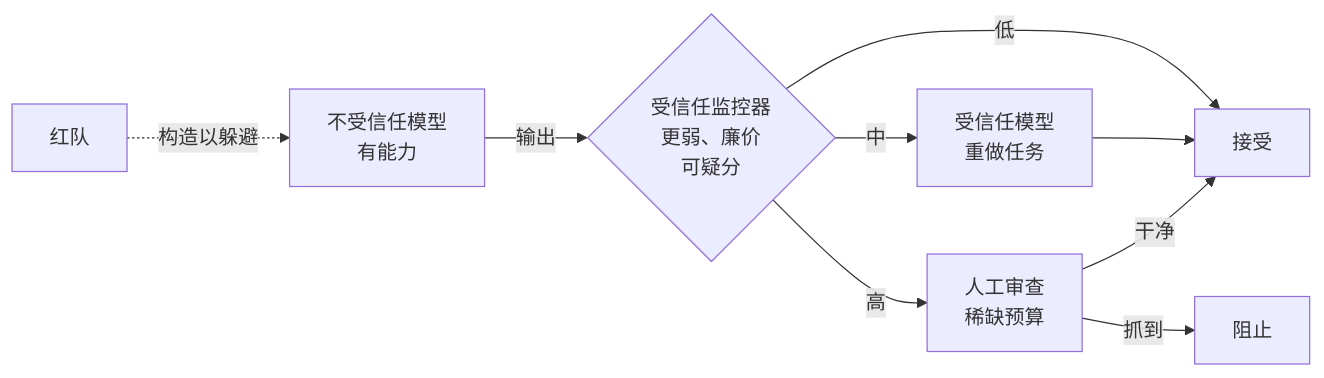
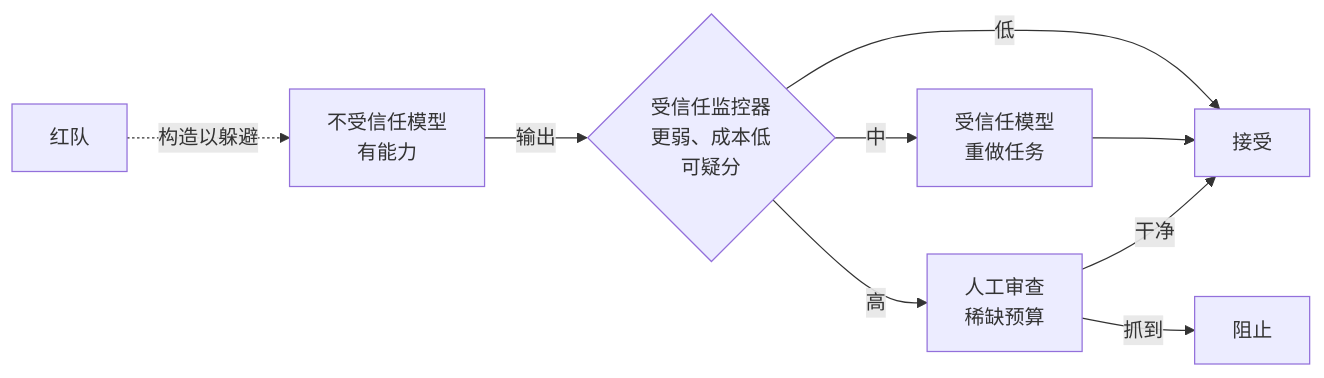
One commit to latere-ai/ai-as-an-infrastructure changed the third of 3 diagrams in zh/safety/02-scalable-oversight-control.qmd. Above: the diagram before and after it, drawn with Mermaid. The commit also changed other lines of this file and 19 other files, not shown here.

````diff
--- a/zh/safety/02-scalable-oversight-control.qmd
+++ b/zh/safety/02-scalable-oversight-control.qmd
@@ -119,13 +119,13 @@
 ```{mermaid}
 %%| label: fig-oversight-control-protocol
 %%| fig-cap: "把控制协议看作一个制度。有能力的不受信任模型被红队构造成躲避检测，更弱的受信任模型既做监控又做替换，一笔稀缺的人工预算抓住幸存下来的。参照 Greenblatt 等（2024）。"
 flowchart LR
     R["红队"] -.->|"构造以躲避"| U["不受信任模型<br/>有能力"]
-    U -->|"输出"| M{"受信任监控器<br/>更弱、廉价<br/>可疑分"}
+    U -->|"输出"| M{"受信任监控器<br/>更弱、成本低<br/>可疑分"}
     M -->|"低"| ACC["接受"]
     M -->|"中"| T["受信任模型<br/>重做任务"]
     M -->|"高"| H["人工审查<br/>稀缺预算"]
     T --> ACC
     H -->|"抓到"| BLK["阻止"]
     H -->|"干净"| ACC
 ```
````
